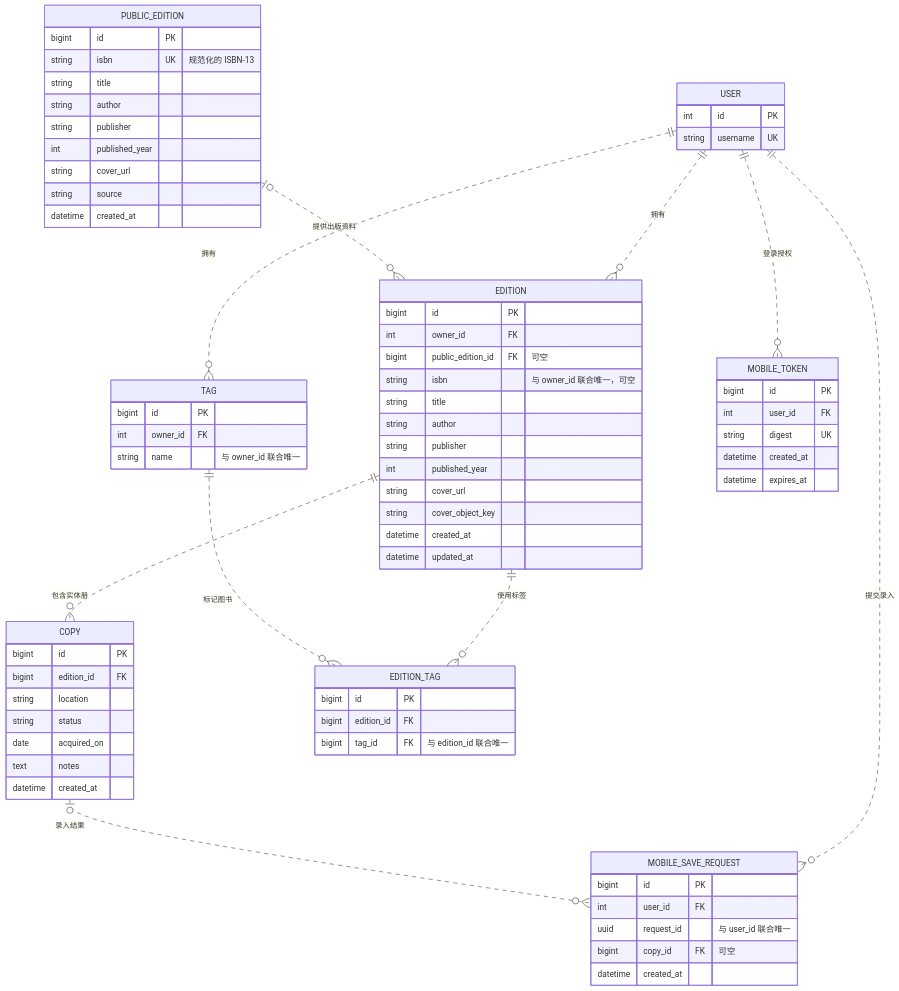
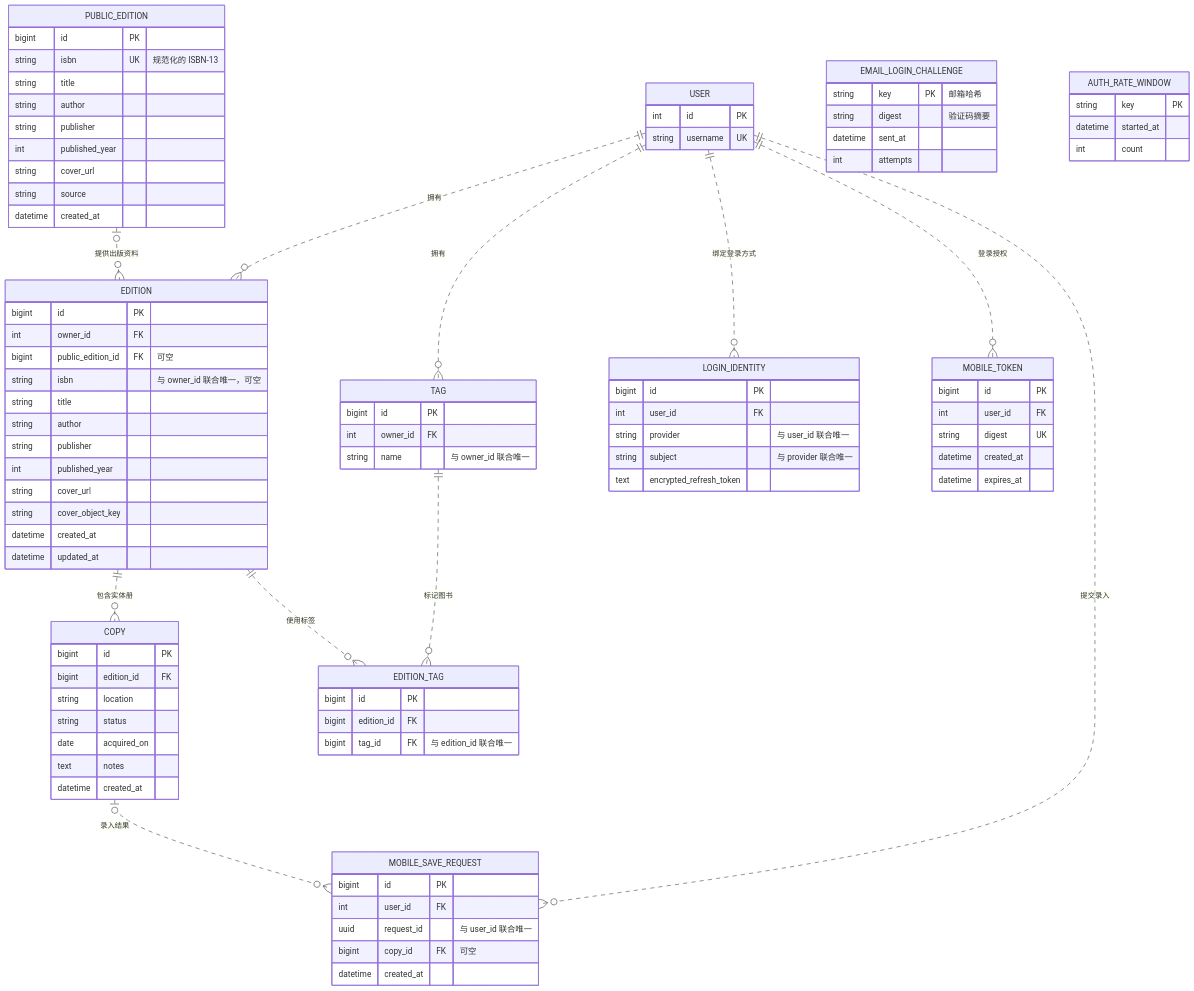
Before and after one commit to twoyoung04/library: the diagram in docs/database-er.md, drawn with Mermaid. The commit also changed 12 other files, not shown here.

```diff
--- a/docs/database-er.md
+++ b/docs/database-er.md
@@ -10,6 +10,7 @@
     USER ||..o{ TAG : "拥有"
     EDITION ||..o{ EDITION_TAG : "使用标签"
     TAG ||..o{ EDITION_TAG : "标记图书"
+    USER ||..o{ LOGIN_IDENTITY : "绑定登录方式"
     USER ||..o{ MOBILE_TOKEN : "登录授权"
     USER ||..o{ MOBILE_SAVE_REQUEST : "提交录入"
     COPY |o..o{ MOBILE_SAVE_REQUEST : "录入结果"
@@ -62,6 +63,24 @@
         bigint edition_id FK
         bigint tag_id FK "与 edition_id 联合唯一"
     }
+    LOGIN_IDENTITY {
+        bigint id PK
+        int user_id FK
+        string provider "与 user_id 联合唯一"
+        string subject "与 provider 联合唯一"
+        text encrypted_refresh_token
+    }
+    EMAIL_LOGIN_CHALLENGE {
+        string key PK "邮箱哈希"
+        string digest "验证码摘要"
+        datetime sent_at
+        int attempts
+    }
+    AUTH_RATE_WINDOW {
+        string key PK
+        datetime started_at
+        int count
+    }
     MOBILE_TOKEN {
         bigint id PK
         int user_id FK
```
